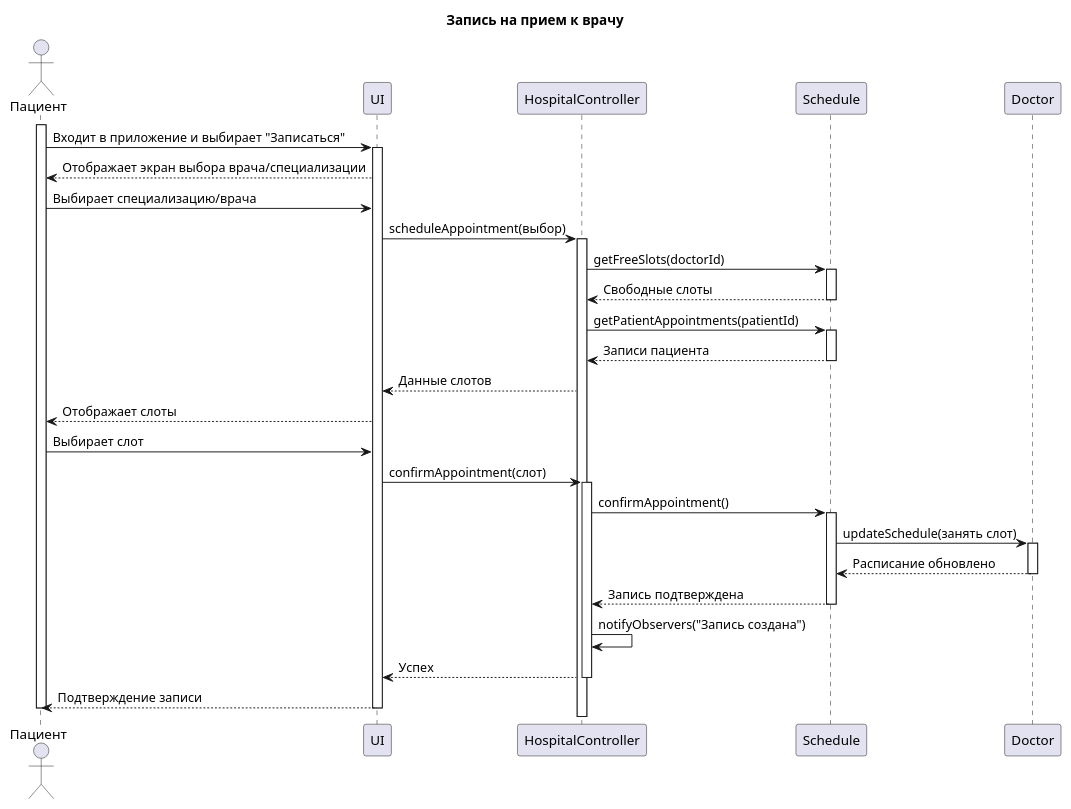
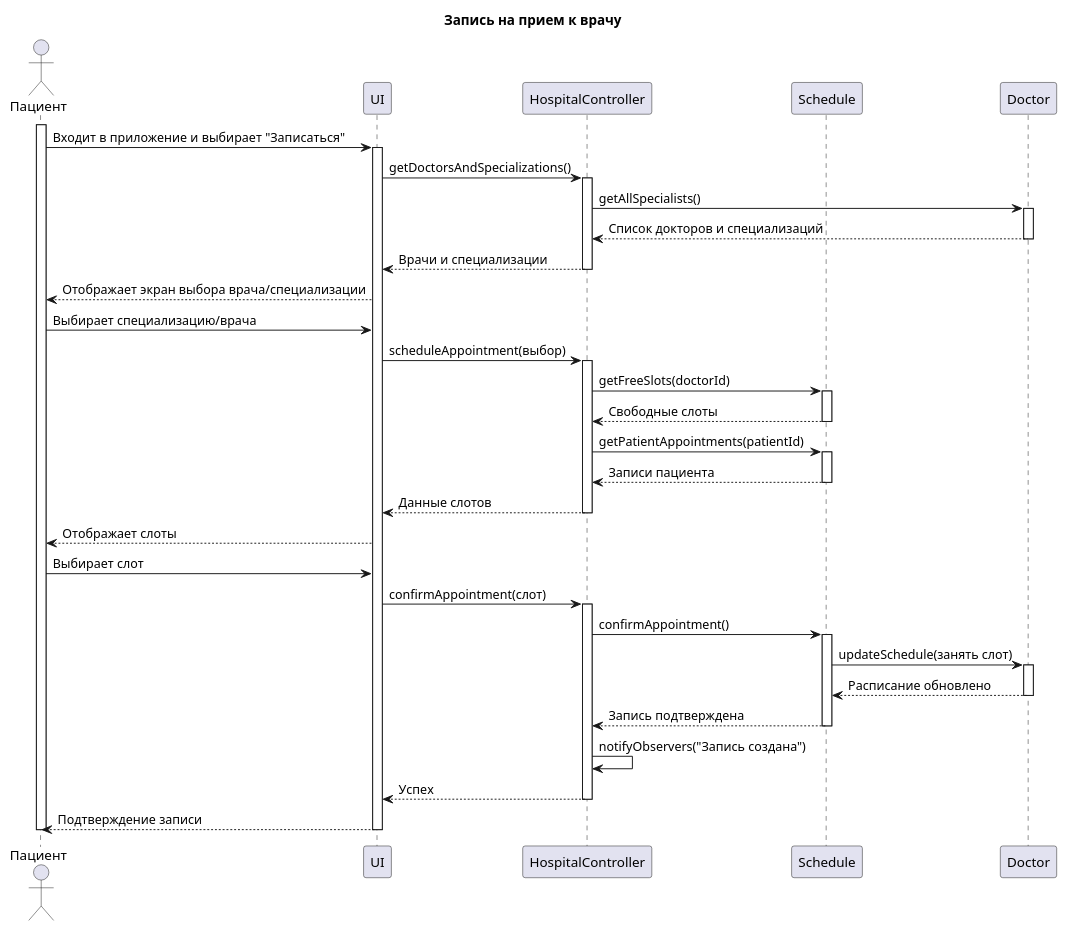
Before and after one commit to penamarth/bsbo-02-23_team5_var3_clinic: the diagram in UseCase_Scheduling_an_appointment/SequenceDiagram.md, drawn with PlantUML. The commit also changed 2 other files, not shown here.

Commit message:
seq diag fix

```diff
--- a/UseCase_Scheduling_an_appointment/SequenceDiagram.md
+++ b/UseCase_Scheduling_an_appointment/SequenceDiagram.md
@@ -1,42 +1,51 @@
 @startuml
 title Запись на прием к врачу
 actor "Пациент" as Patient
 participant "UI" as UI
 participant "HospitalController" as HC
 participant "Schedule" as S
 participant "Doctor" as D
 activate Patient
 Patient -> UI: Входит в приложение и выбирает "Записаться"
 activate UI
+UI -> HC: getDoctorsAndSpecializations()
+activate HC
+HC -> D: getAllSpecialists()
+activate D
+D --> HC: Список докторов и специализаций
+deactivate D
+HC --> UI: Врачи и специализации
+deactivate HC
 UI --> Patient: Отображает экран выбора врача/специализации
 Patient -> UI: Выбирает специализацию/врача
 UI -> HC: scheduleAppointment(выбор)
 activate HC
 HC -> S: getFreeSlots(doctorId)
 activate S
 S --> HC: Свободные слоты
 deactivate S
 HC -> S: getPatientAppointments(patientId)
 activate S
 S --> HC: Записи пациента
 deactivate S
 HC --> UI: Данные слотов
+deactivate HC
 UI --> Patient: Отображает слоты
 Patient -> UI: Выбирает слот
 UI -> HC: confirmAppointment(слот)
 activate HC
 HC -> S: confirmAppointment()
 activate S
 S -> D: updateSchedule(занять слот)
 activate D
 D --> S: Расписание обновлено
 deactivate D
 S --> HC: Запись подтверждена
 deactivate S
 HC -> HC: notifyObservers("Запись создана")
 HC --> UI: Успех
 deactivate HC
 UI --> Patient: Подтверждение записи
 deactivate UI
 deactivate Patient
 @enduml
```
